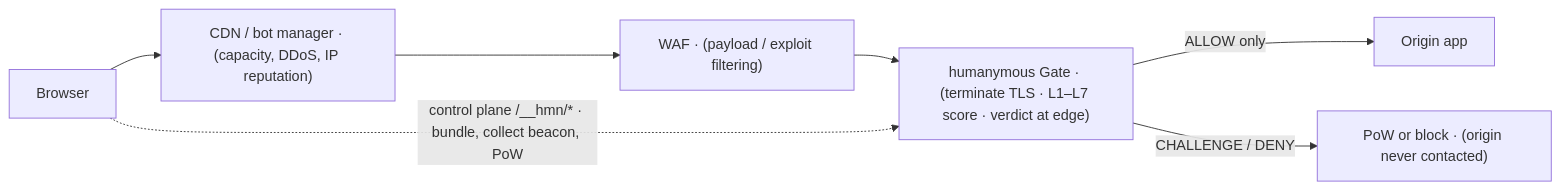
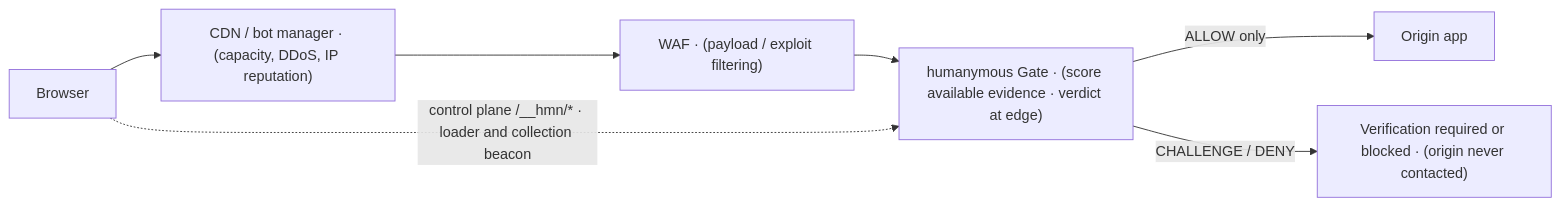
The diagram in docs/explanation/where-gate-fits.md (modootoday/humanymous), drawn with Mermaid before and after one commit. The commit also changed other lines of this file and 62 other files, not shown here.

````diff
--- a/docs/explanation/where-gate-fits.md
+++ b/docs/explanation/where-gate-fits.md
@@ -20,9 +20,9 @@
 ```mermaid
 flowchart LR
   U["Browser"] --> CDN["CDN / bot manager · (capacity, DDoS, IP reputation)"]
   CDN --> WAF["WAF · (payload / exploit filtering)"]
-  WAF --> G["humanymous Gate · (terminate TLS · L1–L7 score · verdict at edge)"]
-  U -. "control plane /__hmn/* · bundle, collect beacon, PoW" .-> G
+  WAF --> G["humanymous Gate · (score available evidence · verdict at edge)"]
+  U -. "control plane /__hmn/* · loader and collection beacon" .-> G
   G -- "ALLOW only" --> O["Origin app"]
-  G -- "CHALLENGE / DENY" --> Stop["PoW or block · (origin never contacted)"]
+  G -- "CHALLENGE / DENY" --> Stop["Verification required or blocked · (origin never contacted)"]
 ```
````
